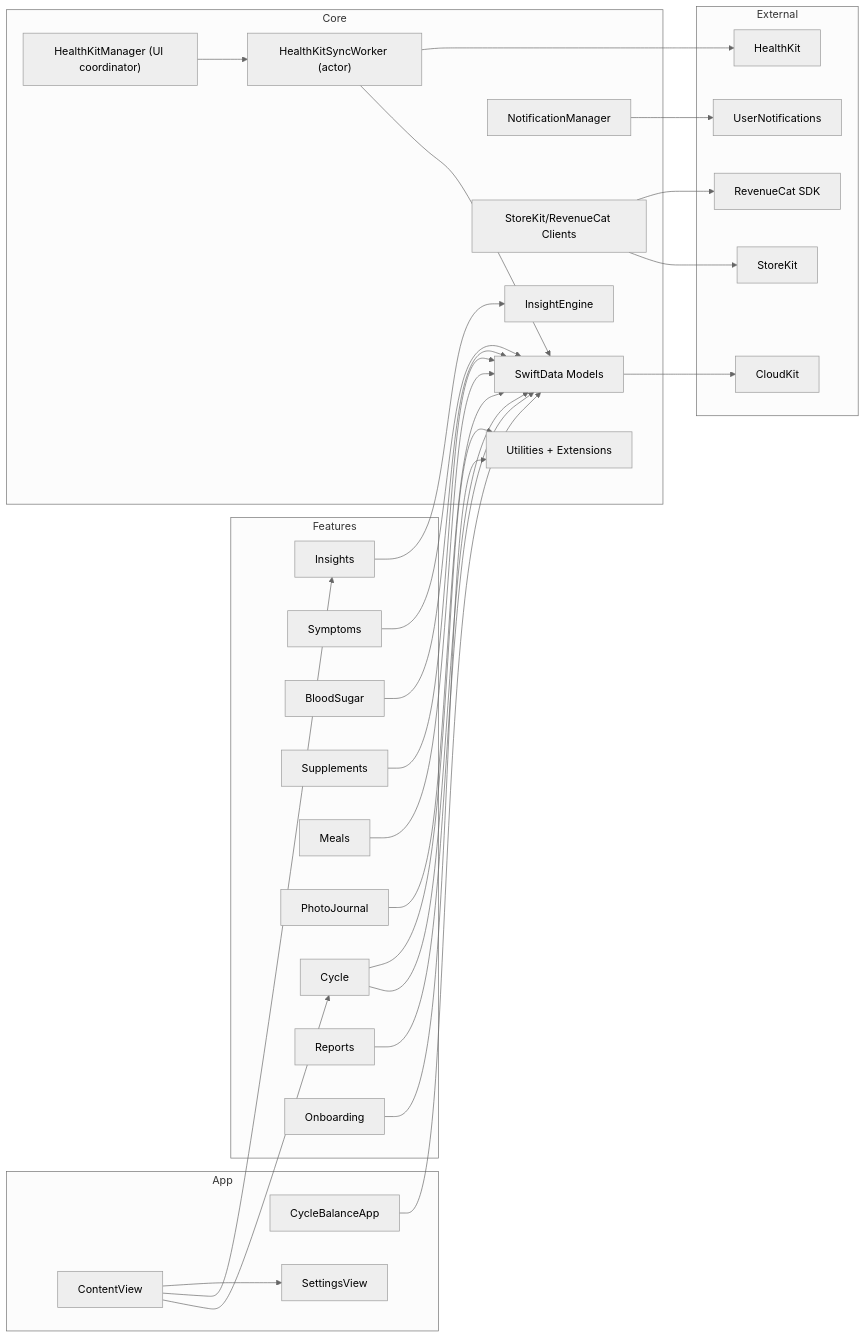
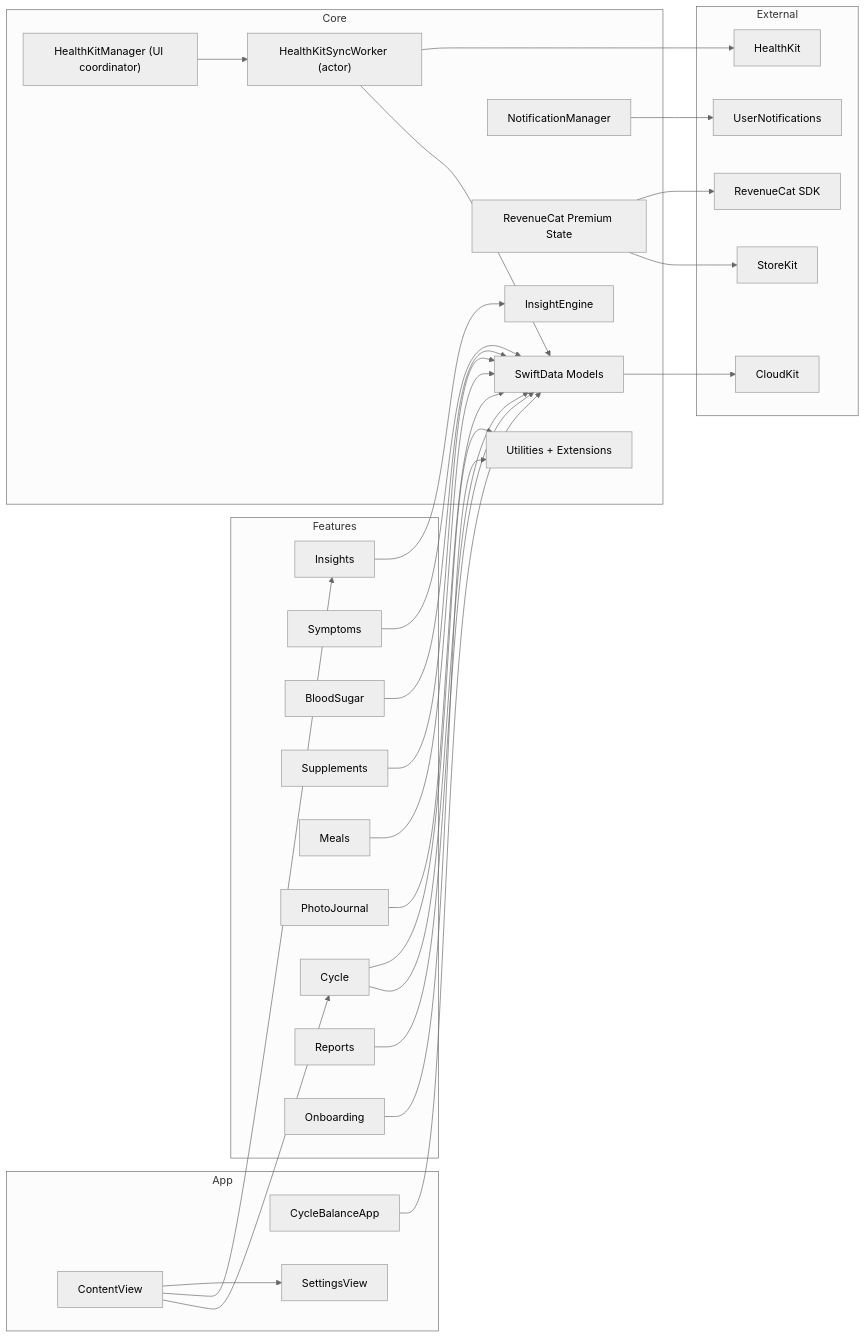
Before and after one commit to AlexHuggler/PCOS_Management: the second of 2 diagrams in project_map.md, drawn with Mermaid (neutral theme). The commit also changed other lines of this file and 417 other files, not shown here.

````diff
--- a/project_map.md
+++ b/project_map.md
@@ -41,62 +47,62 @@
 ```mermaid
 graph LR
   subgraph App
     A1["CycleBalanceApp"]
     A2["ContentView"]
     A3["SettingsView"]
   end
 
   subgraph Features
     F1["Cycle"]
     F2["Symptoms"]
     F3["BloodSugar"]
     F4["Supplements"]
     F5["Meals"]
     F6["PhotoJournal"]
     F7["Insights"]
     F8["Reports"]
     F9["Onboarding"]
   end
 
   subgraph Core
     C1["SwiftData Models"]
     C2["HealthKitManager (UI coordinator)"]
     C2W["HealthKitSyncWorker (actor)"]
     C3["NotificationManager"]
-    C4["StoreKit/RevenueCat Clients"]
+    C4["RevenueCat Premium State"]
     C5["InsightEngine"]
     C6["Utilities + Extensions"]
   end
 
   subgraph External
     X1["CloudKit"]
     X2["HealthKit"]
     X3["UserNotifications"]
     X4["StoreKit"]
     X5["RevenueCat SDK"]
   end
 
   A1 --> C1
   A2 --> F1
   A2 --> F7
   A2 --> A3
 
   F1 --> C1
   F1 --> C6
   F2 --> C1
   F3 --> C1
   F4 --> C1
   F5 --> C1
   F6 --> C1
   F7 --> C5
   F8 --> C1
   F9 --> C6
 
   C2 --> C2W
   C2W --> C1
   C1 --> X1
   C2W --> X2
   C3 --> X3
   C4 --> X4
   C4 --> X5
 ```
````
